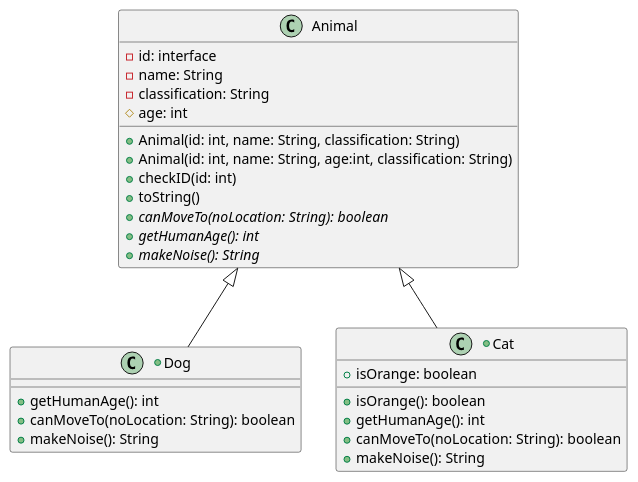
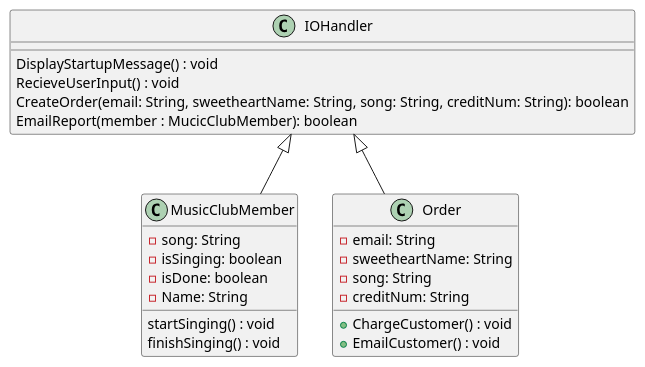
One commit to rhit-medleymc/CSSE374-Homework1 changed the diagram in day1plant.puml. Above: the diagram before and after it, drawn with PlantUML. The commit also changed 1 other file, not shown here.

Commit message:
UML Progress has been made

```diff
--- a/day1plant.puml
+++ b/day1plant.puml
@@ -1,31 +1,59 @@
-class Animal{
-    -id: interface
-    -name: String
-    -classification: String
-    #age: int
-    +Animal(id: int, name: String, classification: String)
-    +Animal(id: int, name: String, age:int, classification: String)
-    +checkID(id: int)
-    +toString()
-    +{abstract} canMoveTo(noLocation: String): boolean
-    +{abstract} getHumanAge(): int
-    +{abstract} makeNoise(): String
+' class Animal{
+'     -id: interface
+'     -name: String
+'     -classification: String
+'     #age: int
+'     +Animal(id: int, name: String, classification: String)
+'     +Animal(id: int, name: String, age:int, classification: String)
+'     +checkID(id: int)
+'     +toString()
+'     +{abstract} canMoveTo(noLocation: String): boolean
+'     +{abstract} getHumanAge(): int
+'     +{abstract} makeNoise(): String
+' }
+
+' +class Dog{
+'     +getHumanAge(): int
+'     +canMoveTo(noLocation: String): boolean
+'     +makeNoise(): String
+' }
+
+
+' +class Cat{
+'     +isOrange: boolean
+'     +isOrange(): boolean
+'     +getHumanAge(): int
+'     +canMoveTo(noLocation: String): boolean
+'     +makeNoise(): String
+' }
+
+' Dog -u-|> Animal
+' Cat -u-|> Animal
+
+class IOHandler{
+    DisplayStartupMessage() : void
+    RecieveUserInput() : void
+    CreateOrder(email: String, sweetheartName: String, song: String, creditNum: String): boolean
+    EmailReport(member : MucicClubMember): boolean
 }
 
-+class Dog{
-    +getHumanAge(): int
-    +canMoveTo(noLocation: String): boolean
-    +makeNoise(): String
+class MusicClubMember{
+    -song: String
+    -isSinging: boolean
+    -isDone: boolean
+    -Name: String
+    startSinging() : void
+    finishSinging() : void
 }
 
-
-+class Cat{
-    +isOrange: boolean
-    +isOrange(): boolean
-    +getHumanAge(): int
-    +canMoveTo(noLocation: String): boolean
-    +makeNoise(): String
+class Order{
+    -email: String
+    -sweetheartName: String
+    -song: String
+    -creditNum: String
+    +ChargeCustomer() : void
+    +EmailCustomer() : void
 }
 
-Dog -u-|> Animal
-Cat -u-|> Animal
+Order -u-|> IOHandler
+MusicClubMember -u-|> IOHandler
```
